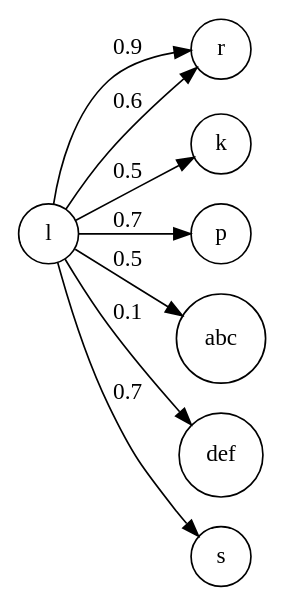
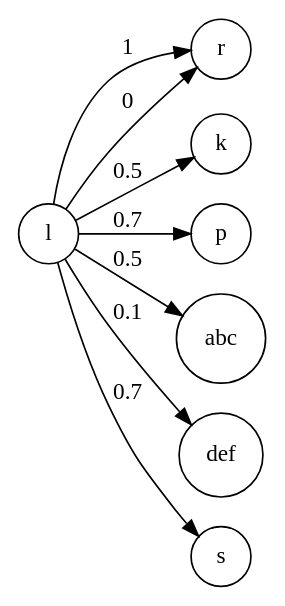
Before and after one commit to hariseldon78/web_of_trust: the diagram in WebOfTrust/l.dot, drawn with Graphviz. The commit also changed 13 other files, not shown here.

```diff
--- a/WebOfTrust/l.dot
+++ b/WebOfTrust/l.dot
@@ -1,11 +1,11 @@
 digraph net {
 rankdir=LR;
 node [shape=circle];
-l -> r [ label = 0.9 ];
-l -> r [ label = 0.6 ];
+l -> r [ label = 1 ];
+l -> r [ label = 0 ];
 l -> k [ label = 0.5 ];
 l -> p [ label = 0.7 ];
 l -> abc [ label = 0.5 ];
 l -> def [ label = 0.1 ];
 l -> s [ label = 0.7 ];
 }
```
